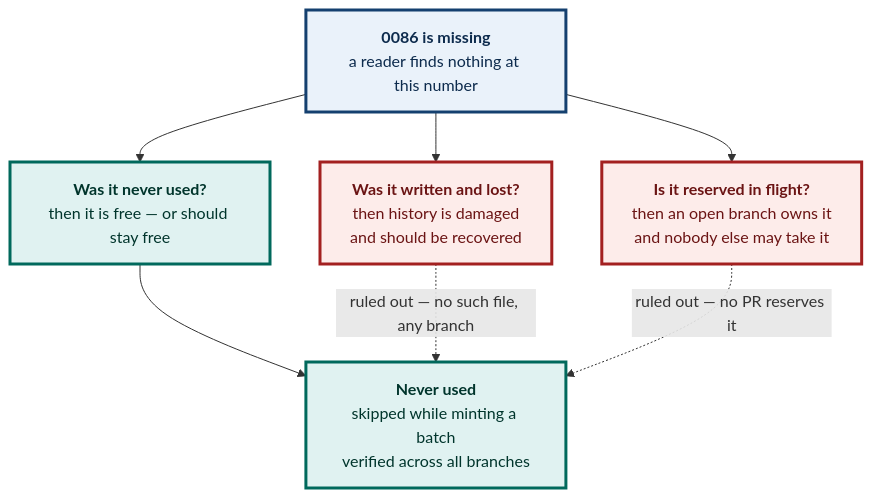
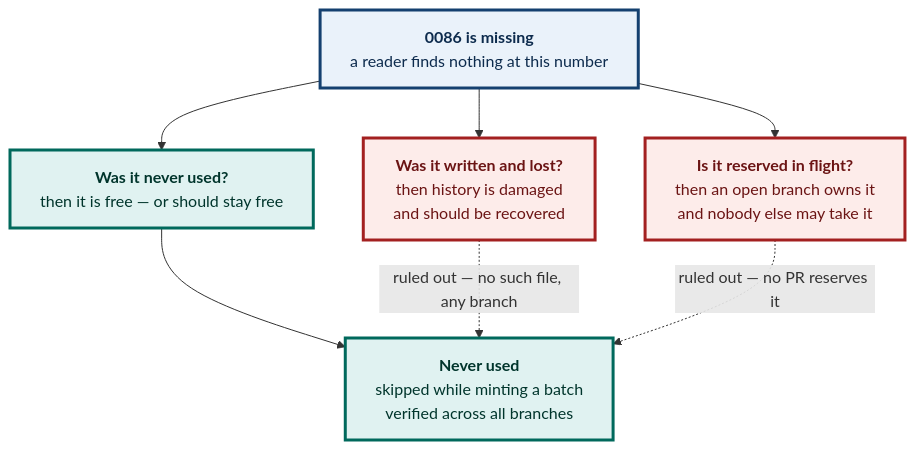
Before and after one commit to tom2025b/git-vista: the diagram in docs/adr/0086-a-number-left-deliberately-unused.md, drawn with Mermaid. The commit also changed 3 other files, not shown here.

First line of the commit message:
docs: render the 0095/0086 PDF twins, and fix the diagram layout that fed them

````diff
--- a/docs/adr/0086-a-number-left-deliberately-unused.md
+++ b/docs/adr/0086-a-number-left-deliberately-unused.md
@@ -18,23 +18,28 @@
 ```mermaid
+---
+config:
+  flowchart:
+    wrappingWidth: 480
+---
 flowchart TD
   GAP["<b>0086 is missing</b><br/>a reader finds nothing at this number"]
   Q1["<b>Was it written and lost?</b><br/>then history is damaged<br/>and should be recovered"]
   Q2["<b>Is it reserved in flight?</b><br/>then an open branch owns it<br/>and nobody else may take it"]
   Q3["<b>Was it never used?</b><br/>then it is free — or should stay free"]
   TRUTH["<b>Never used</b><br/>skipped while minting a batch<br/>verified across all branches"]
 
   GAP --> Q1
   GAP --> Q2
   GAP --> Q3
   Q3 --> TRUTH
   Q1 -.->|ruled out — no such file, any branch| TRUTH
   Q2 -.->|ruled out — no PR reserves it| TRUTH
 
   classDef ask fill:#eaf2fa,stroke:#14406f,stroke-width:3px,color:#0d2b4d
   classDef no fill:#fdecea,stroke:#a32020,stroke-width:3px,color:#6b1414
   classDef ok fill:#e0f2f1,stroke:#00695c,stroke-width:3px,color:#00352c
 
   class GAP ask
   class Q1,Q2 no
   class Q3,TRUTH ok
 ```
````
